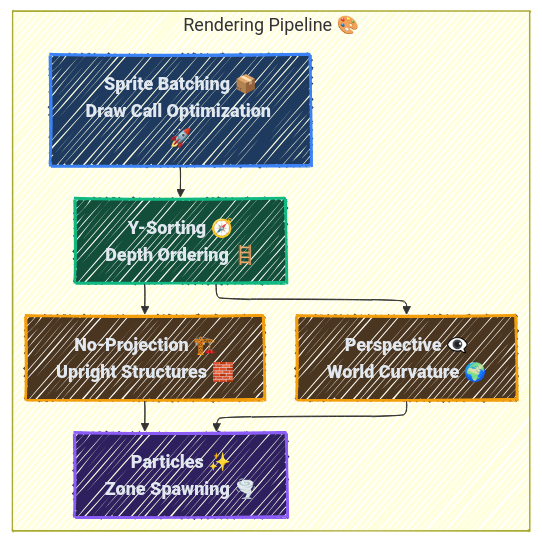
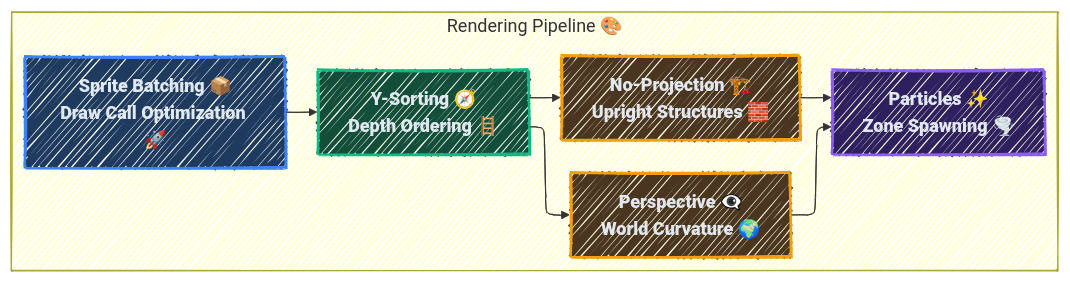
One commit to baaz777/rift changed the third of 5 diagrams in README.md. Above: the diagram before and after it, drawn with Mermaid. The commit also changed other lines of this file and 38 other files, not shown here.

````diff
--- a/README.md
+++ b/README.md
@@ -128,29 +128,29 @@
 ```mermaid
 ---
 config:
   look: handDrawn
   theme: mc
   themeVariables:
     fontSize: 18px
   layout: elk
 ---
-flowchart TB
+flowchart LR
   classDef batch fill:#1e3a5f,stroke:#3b82f6,stroke-width:2.5px,color:#e2e8f0,font-weight:800
   classDef sort fill:#134e3a,stroke:#10b981,stroke-width:2.5px,color:#e2e8f0,font-weight:800
   classDef proj fill:#4a3520,stroke:#f59e0b,stroke-width:2.5px,color:#e2e8f0,font-weight:800
   classDef fx fill:#2e1f5e,stroke:#8b5cf6,stroke-width:2.5px,color:#e2e8f0,font-weight:800
 
   subgraph Pipeline["Rendering Pipeline 🎨"]
     B["Sprite Batching 📦<br/>Draw Call Optimization 🚀"]:::batch
     Y["Y-Sorting 🧭<br/>Depth Ordering 🪜"]:::sort
     P["Perspective 👁️‍🗨️<br/>World Curvature 🌍"]:::proj
     N["No-Projection 🏗️<br/>Upright Structures 🧱"]:::proj
     FX["Particles ✨<br/>Zone Spawning 🌪️"]:::fx
   end
 
   B --> Y
   Y --> P
   Y --> N
   P --> FX
   N --> FX
 ```
````
